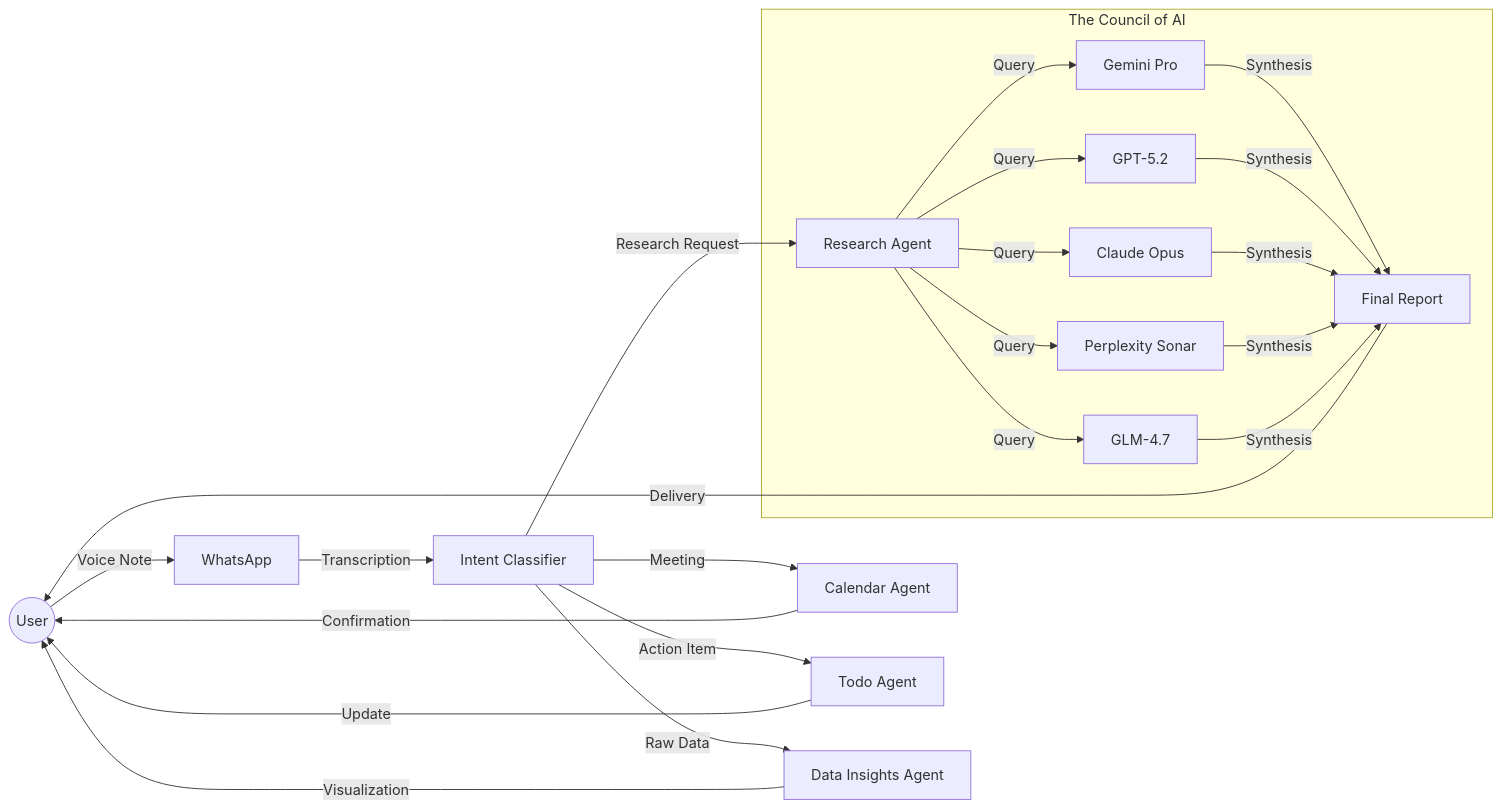
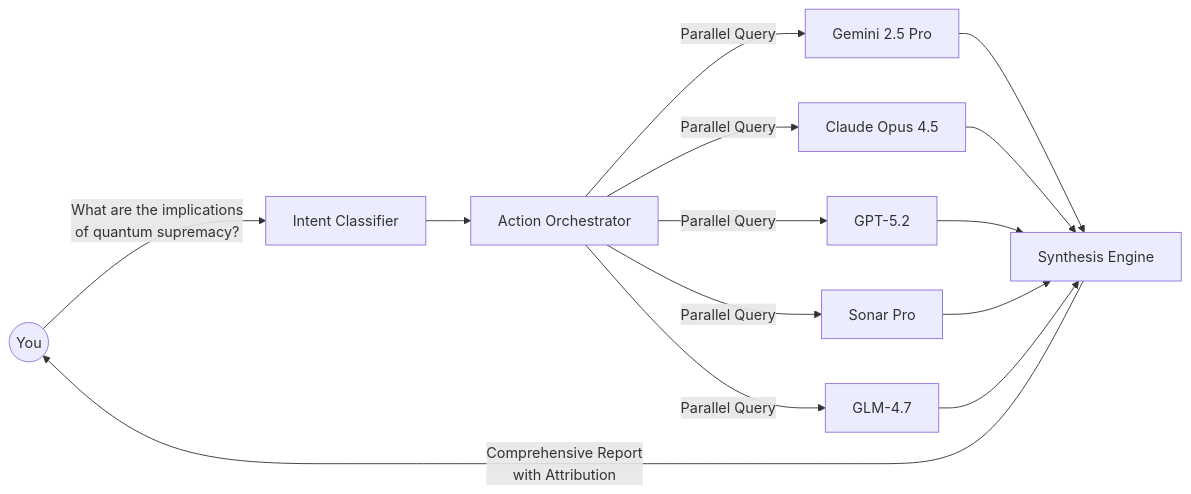
The first of 2 diagrams in README.md (pbuchman/praxos), drawn with Mermaid before and after one commit. The commit also changed other lines of this file and 23 other files, not shown here.

````diff
--- a/README.md
+++ b/README.md
@@ -34,24 +33,20 @@
 ```mermaid
 graph LR
-    User((User)) -->|Voice Note| WA[WhatsApp]
-    WA -->|Transcription| Class[Intent Classifier]
+    U((You)) -->|"What are the implications<br>of quantum supremacy?"| CMD[Intent Classifier]
 
-    Class -->|Research Request| Res[Research Agent]
-    Class -->|Meeting| Cal[Calendar Agent]
-    Class -->|Action Item| Todo[Todo Agent]
-    Class -->|Raw Data| Data[Data Insights Agent]
+    CMD --> AA[Action Orchestrator]
 
-    subgraph "The Council of AI"
-        Res -->|Query| Gemini[Gemini Pro]
-        Res -->|Query| GPT[GPT-5.2]
-        Res -->|Query| CL[Claude Opus]
-        Res -->|Query| PPL[Perplexity Sonar]
-        Res -->|Query| ZAI[GLM-4.7]
-        Gemini & GPT & CL & PPL & ZAI -->|Synthesis| Rep[Final Report]
-    end
+    AA --> |Parallel Query| G[Gemini 2.5 Pro]
+    AA --> |Parallel Query| C[Claude Opus 4.5]
+    AA --> |Parallel Query| GPT[GPT-5.2]
+    AA --> |Parallel Query| S[Sonar Pro]
+    AA --> |Parallel Query| Z[GLM-4.7]
 
-    Rep -->|Delivery| User
-    Cal -->|Confirmation| User
-    Todo -->|Update| User
-    Data -->|Visualization| User
+    G --> SY[Synthesis Engine]
+    C --> SY
+    GPT --> SY
+    S --> SY
+    Z --> SY
+
+    SY --> |"Comprehensive Report<br>with Attribution"| U
 ```
````
